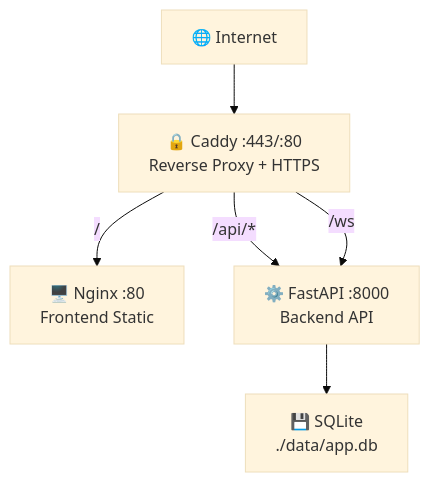
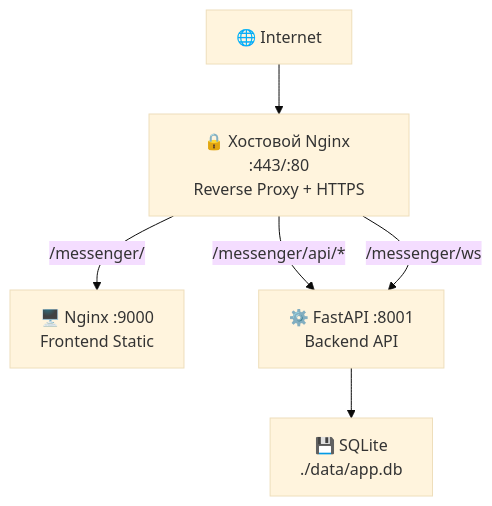
One commit to gshjis/messenger changed the diagram in documentation/deployment.md. Above: the diagram before and after it, drawn with Mermaid (base theme). The commit also changed other lines of this file and 1 other file, not shown here.

First line of the commit message:
chore: закомментирован Caddy — используется хостовой nginx

````diff
--- a/documentation/deployment.md
+++ b/documentation/deployment.md
@@ -7,14 +7,14 @@
 ```mermaid
 graph TB
     Internet["🌐 Internet"]
-    Caddy["🔒 Caddy :443/:80<br/>Reverse Proxy + HTTPS"]
-    Nginx["🖥️ Nginx :80<br/>Frontend Static"]
-    App["⚙️ FastAPI :8000<br/>Backend API"]
+    Nginx["🔒 Хостовой Nginx :443/:80<br/>Reverse Proxy + HTTPS"]
+    Frontend["🖥️ Nginx :9000<br/>Frontend Static"]
+    App["⚙️ FastAPI :8001<br/>Backend API"]
     DB["💾 SQLite<br/>./data/app.db"]
 
-    Internet --> Caddy
-    Caddy -->|/| Nginx
-    Caddy -->|/api/*| App
-    Caddy -->|/ws| App
+    Internet --> Nginx
+    Nginx -->|/messenger/| Frontend
+    Nginx -->|/messenger/api/*| App
+    Nginx -->|/messenger/ws| App
     App --> DB
 ```
````
